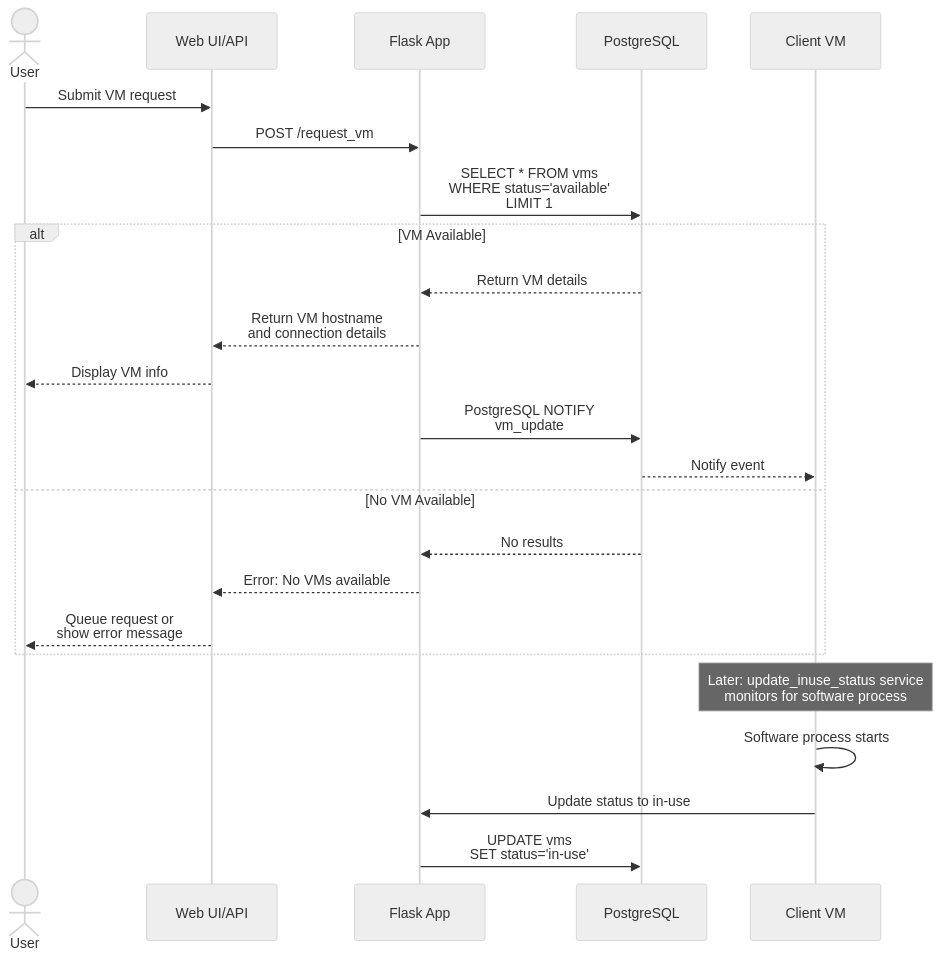
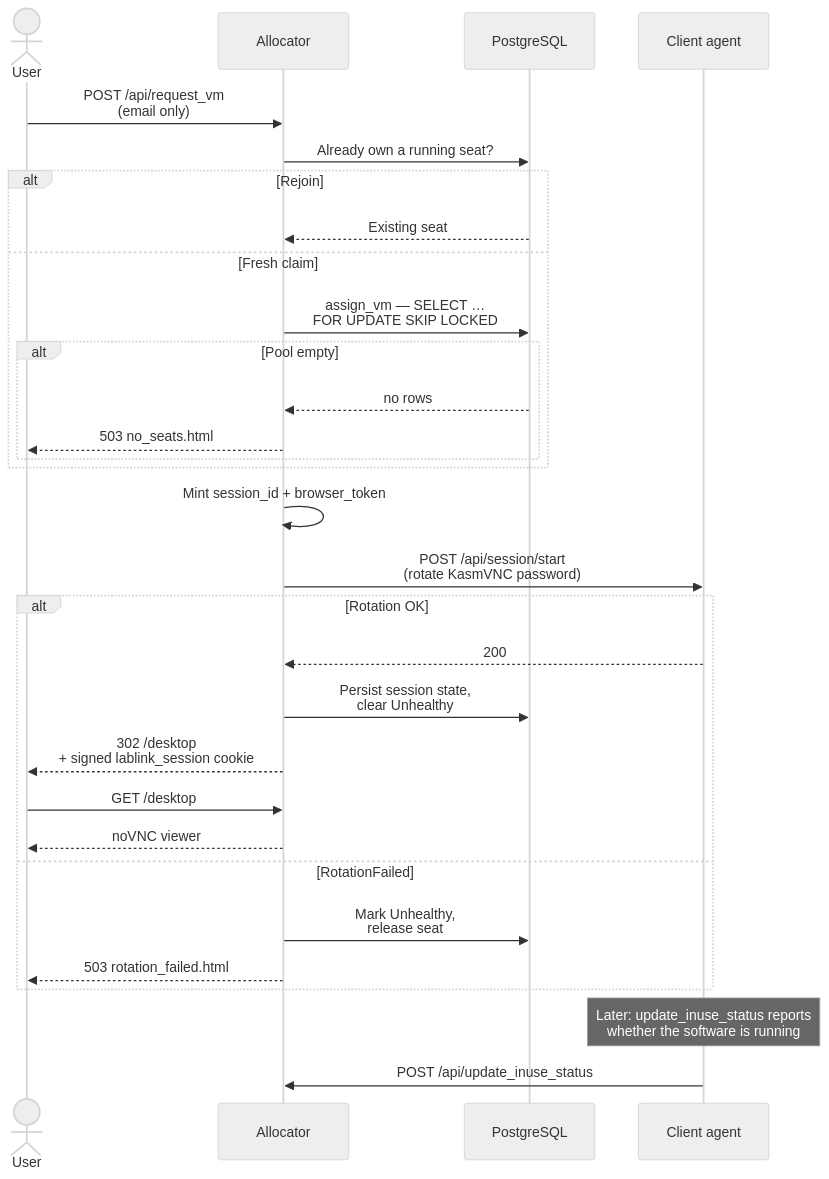
One commit to talmolab/lablink changed the third of 5 diagrams in docs/architecture.md. Above: the diagram before and after it, drawn with Mermaid (neutral theme). The commit also changed other lines of this file and 2 other files, not shown here.

````diff
--- a/docs/architecture.md
+++ b/docs/architecture.md
@@ -274,29 +316,37 @@
 ```mermaid
 sequenceDiagram
     actor User
-    participant WebUI as Web UI/API
-    participant Flask as Flask App
+    participant Flask as Allocator
     participant DB as PostgreSQL
-    participant Client as Client VM
+    participant Agent as Client agent
 
-    User->>WebUI: Submit VM request
-    WebUI->>Flask: POST /request_vm
-    Flask->>DB: SELECT * FROM vms<br/>WHERE status='available'<br/>LIMIT 1
+    User->>Flask: POST /api/request_vm<br/>(email only)
+    Flask->>DB: Already own a running seat?
 
-    alt VM Available
-        DB-->>Flask: Return VM details
-        Flask-->>WebUI: Return VM hostname<br/>and connection details
-        WebUI-->>User: Display VM info
-        Flask->>DB: PostgreSQL NOTIFY<br/>vm_update
-        DB-->>Client: Notify event
-    else No VM Available
-        DB-->>Flask: No results
-        Flask-->>WebUI: Error: No VMs available
-        WebUI-->>User: Queue request or<br/>show error message
+    alt Rejoin
+        DB-->>Flask: Existing seat
+    else Fresh claim
+        Flask->>DB: assign_vm — SELECT … <br/>FOR UPDATE SKIP LOCKED
+        alt Pool empty
+            DB-->>Flask: no rows
+            Flask-->>User: 503 no_seats.html
+        end
     end
 
-    Note over Client: Later: update_inuse_status service<br/>monitors for software process
-    Client->>Client: Software process starts
-    Client->>Flask: Update status to in-use
-    Flask->>DB: UPDATE vms<br/>SET status='in-use'
+    Flask->>Flask: Mint session_id + browser_token
+    Flask->>Agent: POST /api/session/start<br/>(rotate KasmVNC password)
+
+    alt Rotation OK
+        Agent-->>Flask: 200
+        Flask->>DB: Persist session state,<br/>clear Unhealthy
+        Flask-->>User: 302 /desktop<br/>+ signed lablink_session cookie
+        User->>Flask: GET /desktop
+        Flask-->>User: noVNC viewer
+    else RotationFailed
+        Flask->>DB: Mark Unhealthy,<br/>release seat
+        Flask-->>User: 503 rotation_failed.html
+    end
+
+    Note over Agent: Later: update_inuse_status reports<br/>whether the software is running
+    Agent->>Flask: POST /api/update_inuse_status
 ```
````
